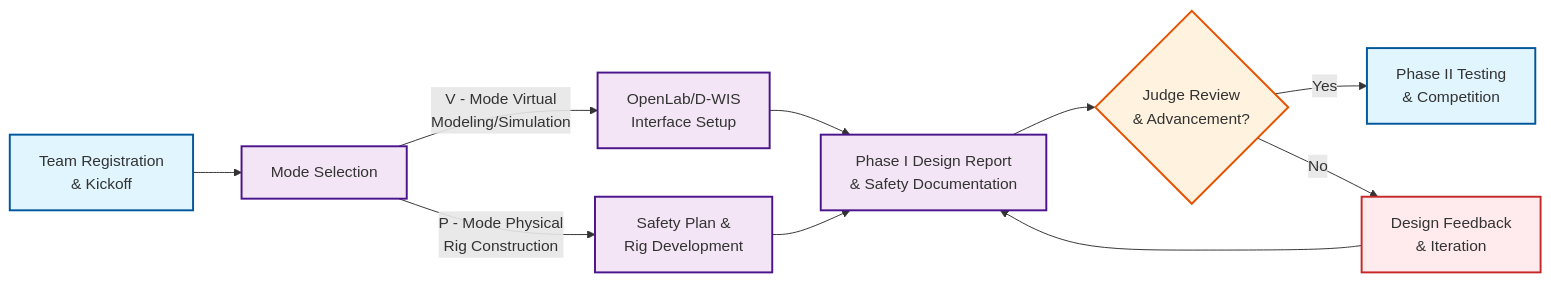
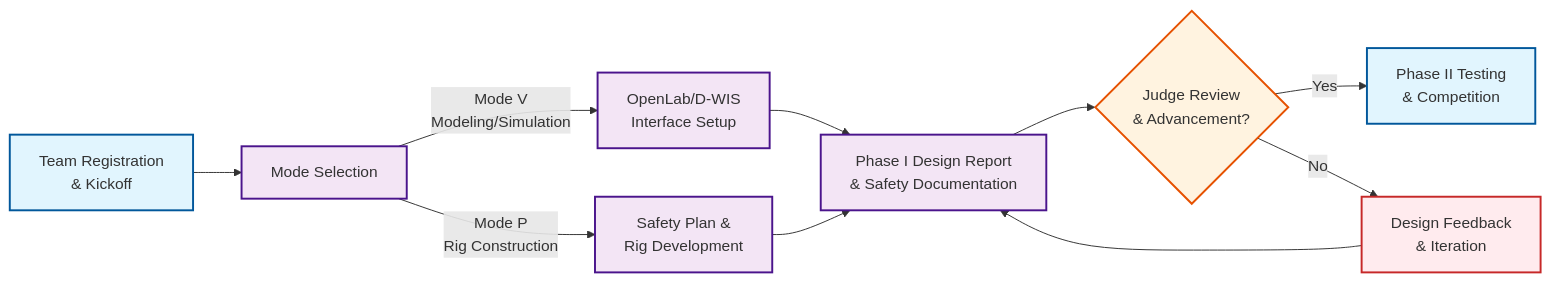
One commit to Open-Source-Drilling-Community/drillbotics-guidelines changed the diagram in docs/index.md. Above: the diagram before and after it, drawn with Mermaid. The commit also changed other lines of this file and 6 other files, not shown here.

````diff
--- a/docs/index.md
+++ b/docs/index.md
@@ -16,22 +16,22 @@
 ```mermaid
 graph LR
     A[Team Registration<br/>& Kickoff] --> B[Mode Selection]
-    B -->|V - Mode Virtual<br/>Modeling/Simulation| C[OpenLab/D-WIS<br/>Interface Setup]
-    B -->|P - Mode Physical<br/>Rig Construction| D[Safety Plan &<br/>Rig Development]
+    B -->|Mode V<br/>Modeling/Simulation| C[OpenLab/D-WIS<br/>Interface Setup]
+    B -->|Mode P<br/>Rig Construction| D[Safety Plan &<br/>Rig Development]
     C --> E[Phase I Design Report<br/>& Safety Documentation]
     D --> E
     E --> F{Judge Review<br/>& Advancement?}
     F -->|Yes| G[Phase II Testing<br/>& Competition]
     F -->|No| H[Design Feedback<br/>& Iteration]
     H --> E
     
     classDef startEnd fill:#e1f5fe,stroke:#01579b,stroke-width:2px
     classDef decision fill:#fff3e0,stroke:#e65100,stroke-width:2px
     classDef process fill:#f3e5f5,stroke:#4a148c,stroke-width:2px
     classDef feedback fill:#ffebee,stroke:#c62828,stroke-width:2px
     
     class A,G startEnd
     class F decision
     class B,C,D,E process
     class H feedback
 ```
````
